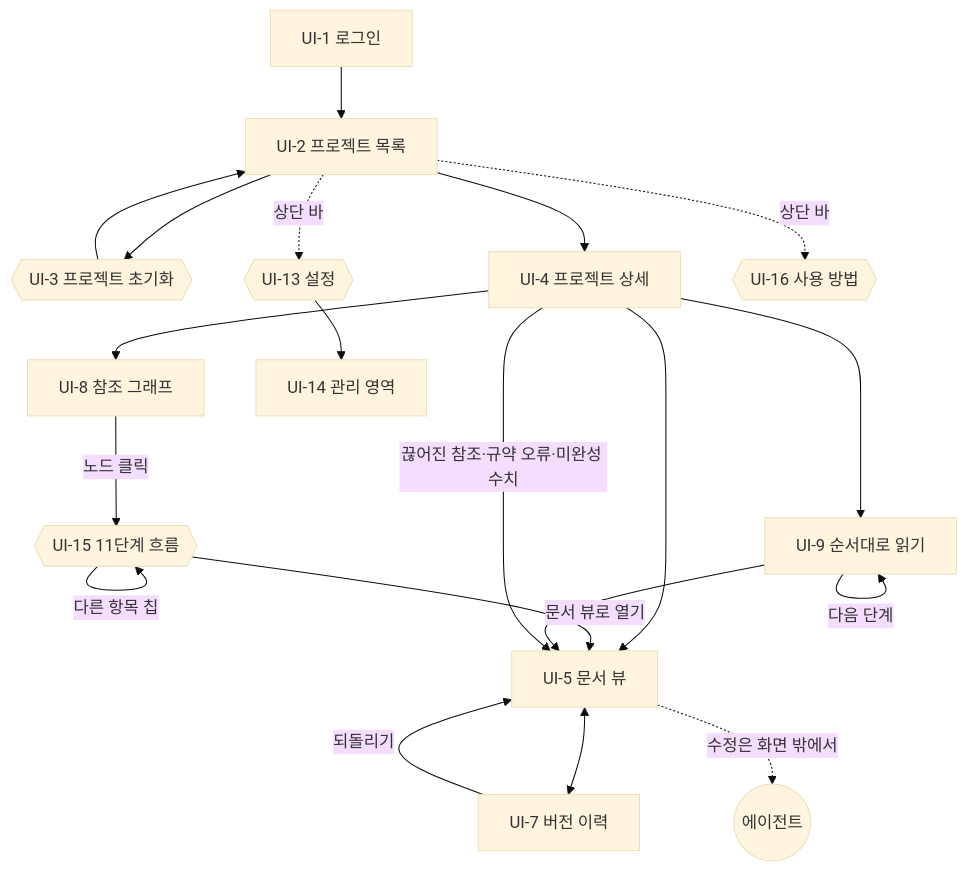
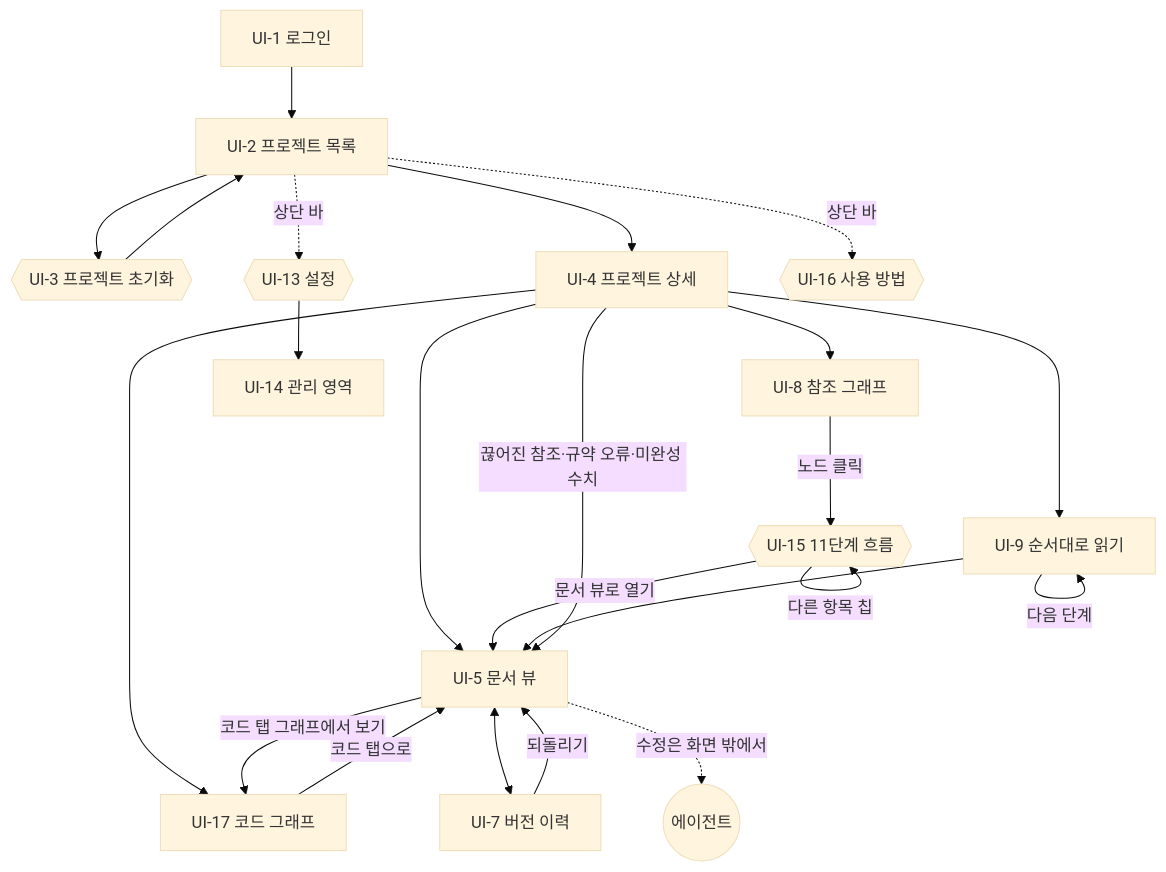
The diagram in docs/specs/07-UI/SYNC-UI-001.md (HoyoungParkme/syncdoc), drawn with Mermaid (base theme) before and after one commit. The commit also changed other lines of this file, not shown here.

Commit message:
spec(SYNC-UI-001): UI-17 코드 그래프 — 화면 목록·대응표·흐름·진입/이탈 · 3.1 커뮤니티 팔레트 12(색 원칙의 예외, 7장 8) (카드 BD)

````diff
--- a/docs/specs/07-UI/SYNC-UI-001.md
+++ b/docs/specs/07-UI/SYNC-UI-001.md
@@ -245,27 +262,30 @@
 ```mermaid
 flowchart TB
     L[UI-1 로그인] --> PL[UI-2 프로젝트 목록]
     PL --> PI{{UI-3 프로젝트 초기화}}
     PI --> PL
     PL --> PD[UI-4 프로젝트 상세]
     PD --> DV[UI-5 문서 뷰]
     PD --> G[UI-8 참조 그래프]
+    PD --> CG[UI-17 코드 그래프]
     PD --> R[UI-9 순서대로 읽기]
+    DV -->|코드 탭 그래프에서 보기| CG
+    CG -->|코드 탭으로| DV
 
     DV <--> DH[UI-7 버전 이력]
     DH -->|되돌리기| DV
     G -->|노드 클릭| CH{{UI-15 11단계 흐름}}
     CH -->|문서 뷰로 열기| DV
     CH -->|다른 항목 칩| CH
     R -->|다음 단계| R
     R --> DV
 
     PD -->|끊어진 참조·규약 오류·미완성 수치| DV
     DV -.->|수정은 화면 밖에서| AG((에이전트))
 
     S{{UI-13 설정}} --> A[UI-14 관리 영역]
     HOW{{UI-16 사용 방법}}
 
     PL -.->|상단 바| S
     PL -.->|상단 바| HOW
 ```
````
